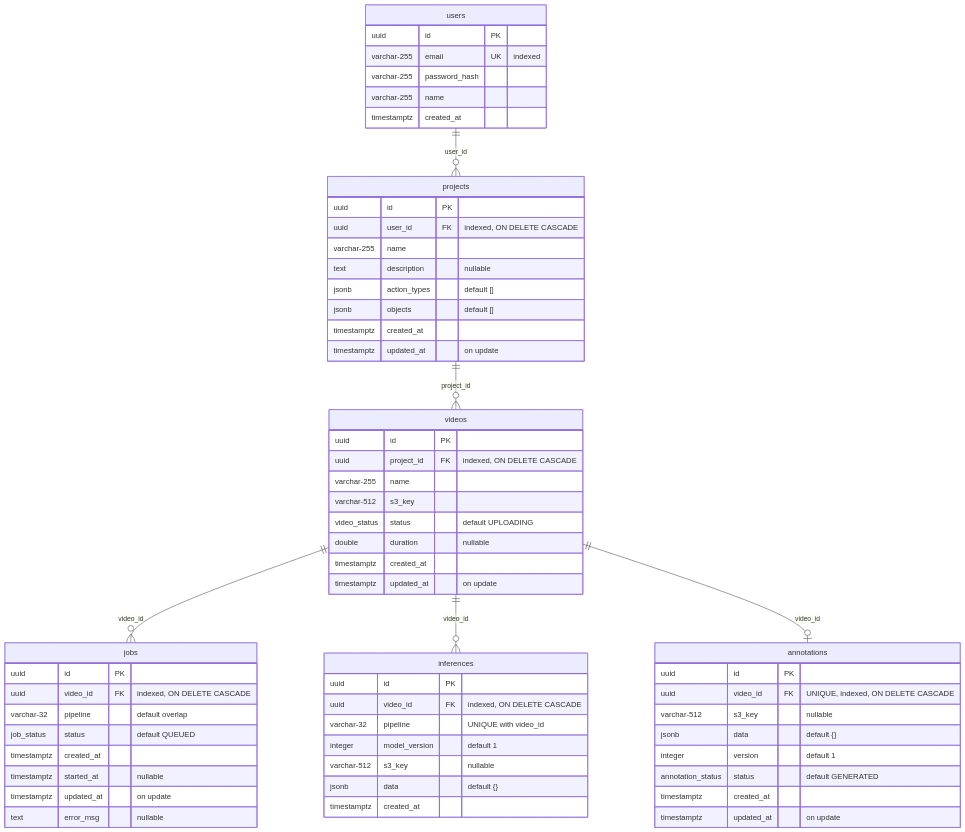
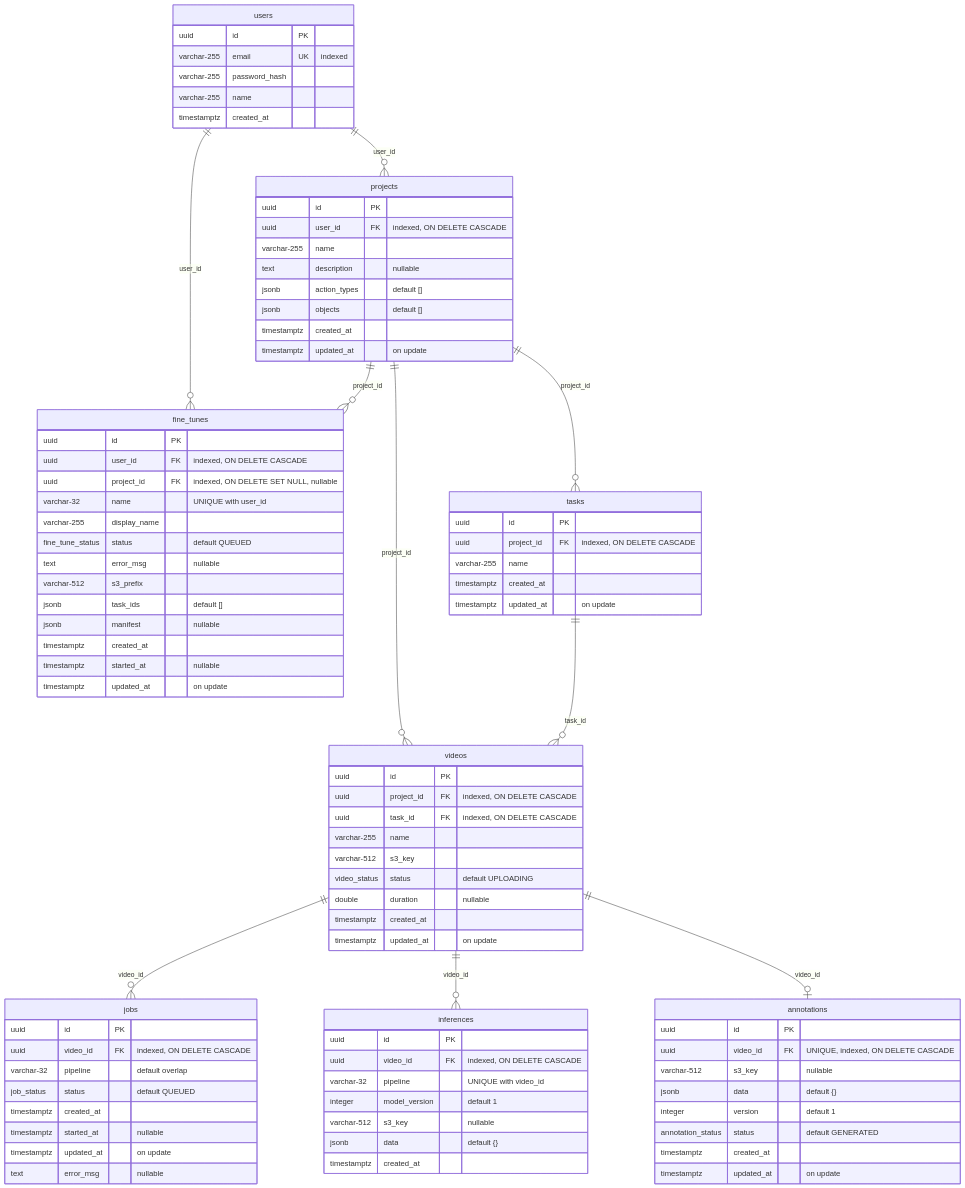
One commit to sadjava/boundr changed the diagram in docs/database.md. Above: the diagram before and after it, drawn with Mermaid. The commit also changed other lines of this file and 35 other files, not shown here.

````diff
--- a/docs/database.md
+++ b/docs/database.md
@@ -14,7 +14,11 @@
 ```mermaid
 erDiagram
     users ||--o{ projects : "user_id"
+    users ||--o{ fine_tunes : "user_id"
+    projects ||--o{ tasks : "project_id"
     projects ||--o{ videos : "project_id"
+    projects ||--o{ fine_tunes : "project_id"
+    tasks ||--o{ videos : "task_id"
     videos ||--o{ jobs : "video_id"
     videos ||--o{ inferences : "video_id"
     videos ||--o| annotations : "video_id"
@@ -38,9 +42,18 @@
         timestamptz updated_at "on update"
     }
 
+    tasks {
+        uuid id PK
+        uuid project_id FK "indexed, ON DELETE CASCADE"
+        varchar-255 name
+        timestamptz created_at
+        timestamptz updated_at "on update"
+    }
+
     videos {
         uuid id PK
         uuid project_id FK "indexed, ON DELETE CASCADE"
+        uuid task_id FK "indexed, ON DELETE CASCADE"
         varchar-255 name
         varchar-512 s3_key
         video_status status "default UPLOADING"
@@ -80,4 +93,20 @@
         jsonb data "default {}"
         timestamptz created_at
     }
+
+    fine_tunes {
+        uuid id PK
+        uuid user_id FK "indexed, ON DELETE CASCADE"
+        uuid project_id FK "indexed, ON DELETE SET NULL, nullable"
+        varchar-32 name "UNIQUE with user_id"
+        varchar-255 display_name
+        fine_tune_status status "default QUEUED"
+        text error_msg "nullable"
+        varchar-512 s3_prefix
+        jsonb task_ids "default []"
+        jsonb manifest "nullable"
+        timestamptz created_at
+        timestamptz started_at "nullable"
+        timestamptz updated_at "on update"
+    }
 ```
````
